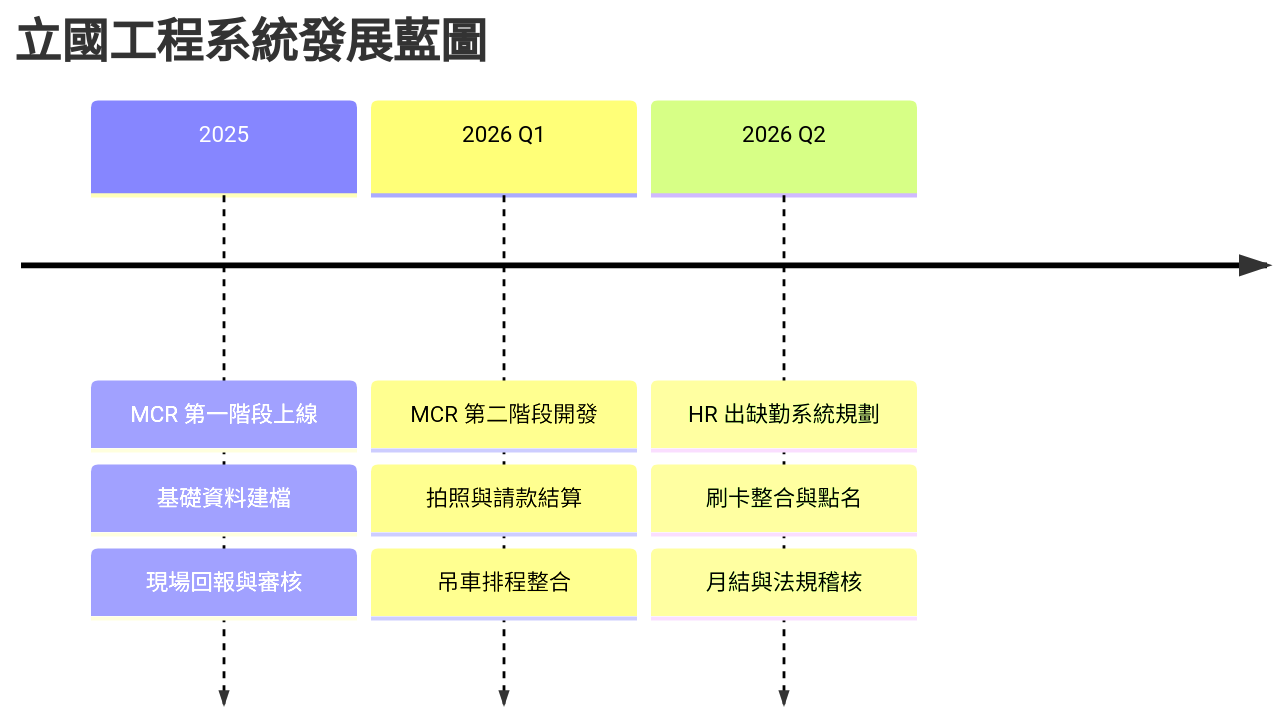
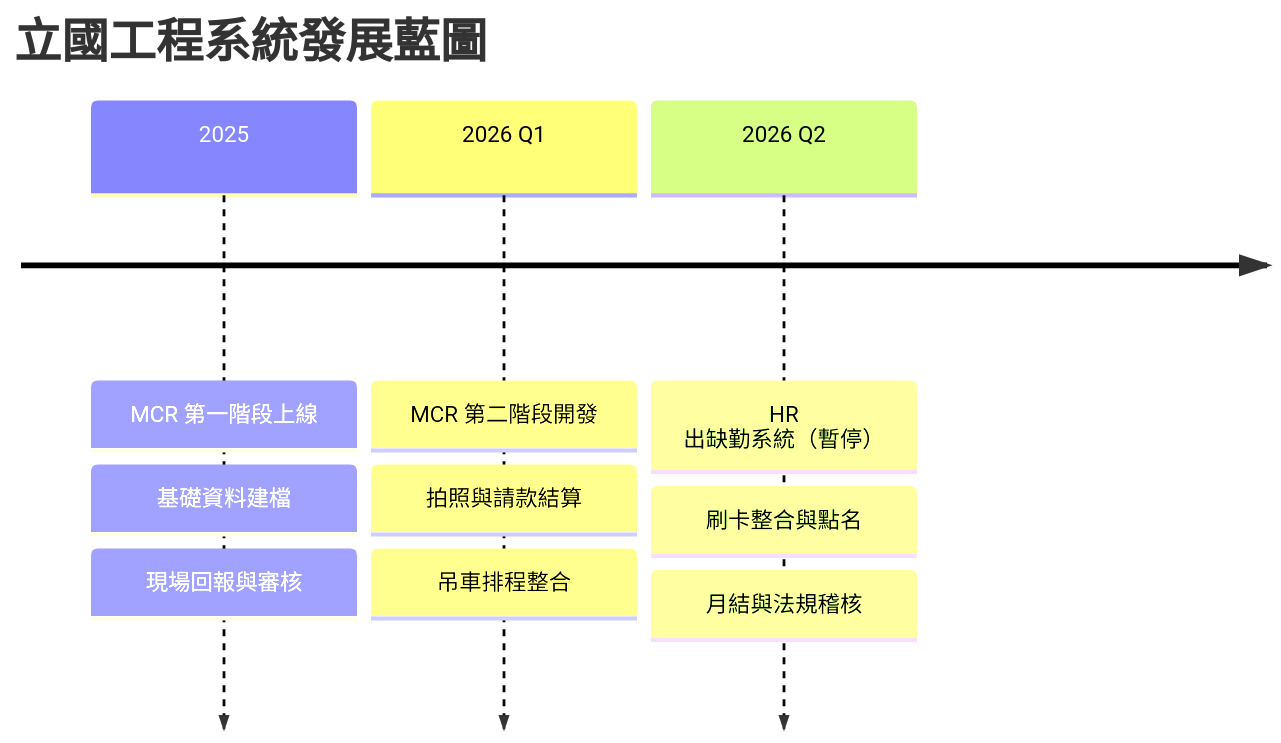
The diagram in projects/LIKUO_DB/docs/scope.md (SLchinwen/PJ-Likuo-DB), drawn with Mermaid before and after one commit. The commit also changed other lines of this file and 4 other files, not shown here.

````diff
--- a/projects/LIKUO_DB/docs/scope.md
+++ b/projects/LIKUO_DB/docs/scope.md
@@ -29,13 +30,13 @@
 ```mermaid
 timeline
     title 立國工程系統發展藍圖
     2025 : MCR 第一階段上線
          : 基礎資料建檔
          : 現場回報與審核
     2026 Q1 : MCR 第二階段開發
             : 拍照與請款結算
             : 吊車排程整合
-    2026 Q2 : HR 出缺勤系統規劃
+    2026 Q2 : HR 出缺勤系統（暫停）
             : 刷卡整合與點名
             : 月結與法規稽核
 ```
````
